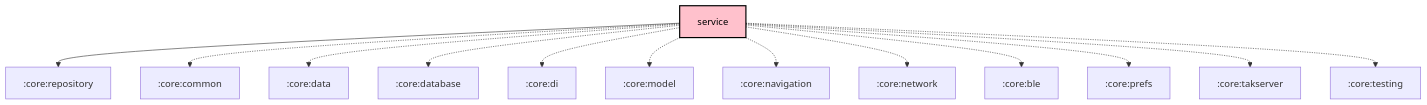
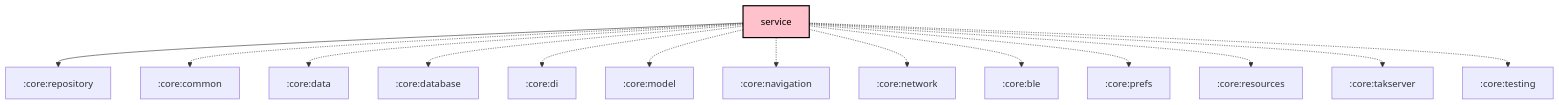
One commit to meshtastic/Meshtastic-Android changed the diagram in core/service/README.md. Above: the diagram before and after it, drawn with Mermaid. The commit also changed 2 other files, not shown here.

Commit message:
chore: Scheduled updates (Graphs, Baseline Profile)
Automated updates for:
- Module dependency graphs
- androidApp baseline profile

````diff
--- a/core/service/README.md
+++ b/core/service/README.md
@@ -27,30 +27,31 @@
 ```mermaid
 graph TB
   :core:service[service]:::kmp-library
   :core:service --> :core:repository
   :core:service -.-> :core:common
   :core:service -.-> :core:data
   :core:service -.-> :core:database
   :core:service -.-> :core:di
   :core:service -.-> :core:model
   :core:service -.-> :core:navigation
   :core:service -.-> :core:network
   :core:service -.-> :core:ble
   :core:service -.-> :core:prefs
+  :core:service -.-> :core:resources
   :core:service -.-> :core:takserver
   :core:service -.-> :core:testing
 
 classDef android-application fill:#CAFFBF,stroke:#000,stroke-width:2px,color:#000;
 classDef android-application-compose fill:#CAFFBF,stroke:#000,stroke-width:2px,color:#000;
 classDef compose-desktop-application fill:#CAFFBF,stroke:#000,stroke-width:2px,color:#000;
 classDef android-feature fill:#FFD6A5,stroke:#000,stroke-width:2px,color:#000;
 classDef android-library fill:#9BF6FF,stroke:#000,stroke-width:2px,color:#000;
 classDef android-library-compose fill:#9BF6FF,stroke:#000,stroke-width:2px,color:#000;
 classDef android-test fill:#A0C4FF,stroke:#000,stroke-width:2px,color:#000;
 classDef jvm-library fill:#BDB2FF,stroke:#000,stroke-width:2px,color:#000;
 classDef kmp-feature fill:#FFD6A5,stroke:#000,stroke-width:2px,color:#000;
 classDef kmp-library-compose fill:#FFC1CC,stroke:#000,stroke-width:2px,color:#000;
 classDef kmp-library fill:#FFC1CC,stroke:#000,stroke-width:2px,color:#000;
 classDef unknown fill:#FFADAD,stroke:#000,stroke-width:2px,color:#000;
 
 ```
````
